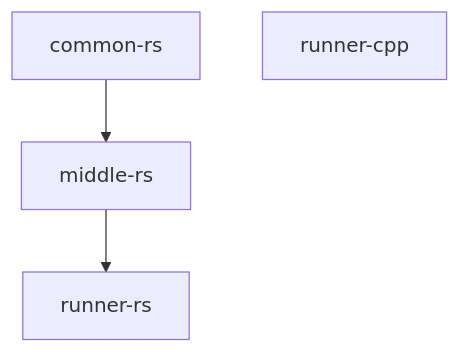
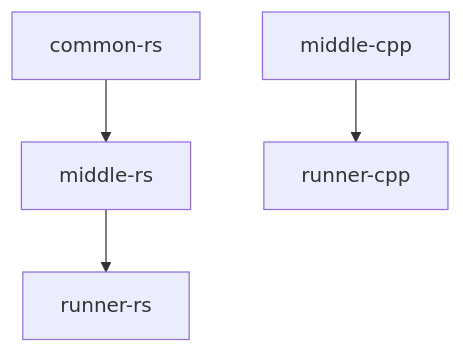
Before and after one commit to hanhossain/rust-cxx-cmake: the diagram in README.md, drawn with Mermaid. The commit also changed 6 other files, not shown here.

Commit message:
middle-cpp

````diff
--- a/README.md
+++ b/README.md
@@ -3,8 +3,8 @@
 ```mermaid
 graph TD
 common-rs --> middle-rs
 middle-rs --> runner-rs
 
-runner-cpp
+middle-cpp --> runner-cpp
 
 ```
````
